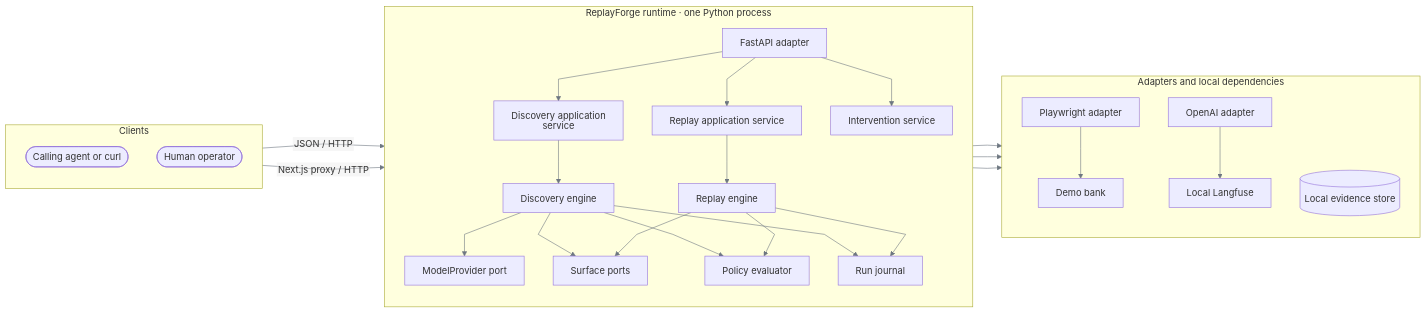
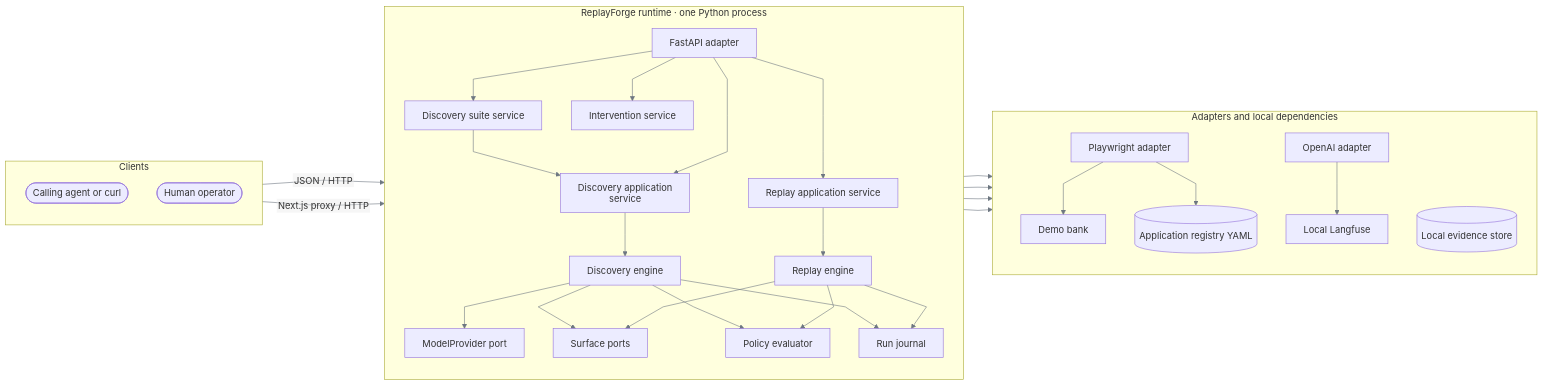
One commit to SivaTSS/replay-forge changed the first of 2 diagrams in docs/architecture.md. Above: the diagram before and after it, drawn with Mermaid. The commit also changed other lines of this file and 8 other files, not shown here.

````diff
--- a/docs/architecture.md
+++ b/docs/architecture.md
@@ -7,44 +7,49 @@
 ```mermaid
 %%{init: {"htmlLabels":false,"themeVariables":{"lineColor":"#6E7781","signalColor":"#6E7781"},"flowchart":{"curve":"linear"},"sequence":{"wrap":true}}}%%
 flowchart LR
     subgraph Clients[Clients]
         direction TB
         C([Calling agent or curl])
         O([Human operator])
     end
 
     subgraph Runtime[ReplayForge runtime · one Python process]
         direction TB
         API[FastAPI adapter]
         API --> RS[Replay application service]
         API --> DS[Discovery application service]
+        API --> SS[Discovery suite service]
         API --> IS[Intervention service]
         RS --> RE[Replay engine]
         DS --> DE[Discovery engine]
+        SS --> DS
         DE --> MP[ModelProvider port]
         RE --> SP[Surface ports]
         DE --> SP
         RE --> PE[Policy evaluator]
         DE --> PE
         RE --> EJ[Run journal]
         DE --> EJ
     end
 
     subgraph Adapters[Adapters and local dependencies]
         direction TB
         OA[OpenAI adapter]
         PW[Playwright adapter]
         DB[Demo bank]
         FS[(Local evidence store)]
+        AR[(Application registry YAML)]
         LF[Local Langfuse]
     end
 
     C -->|JSON / HTTP| API
     O -->|Next.js proxy / HTTP| API
     MP --> OA
     SP --> PW
     PW --> DB
     EJ --> FS
+    API --> AR
+    PW --> AR
     OA --> LF
 
 ```
````
